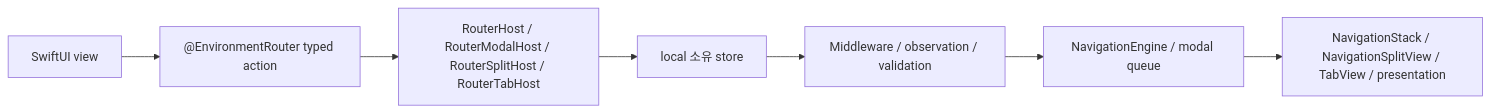
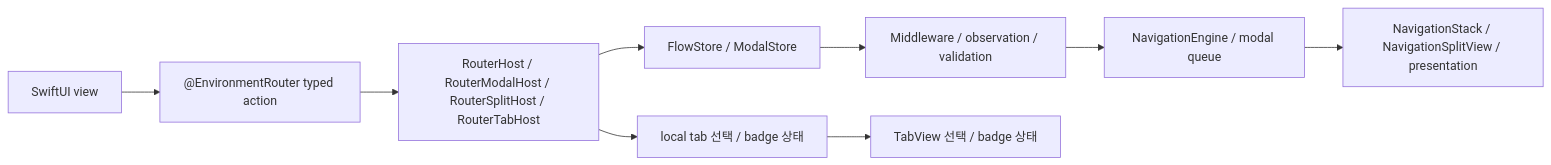
Before and after one commit to InnoSquadCorp/InnoRouter: the first of 2 diagrams in README.ko.md, drawn with Mermaid. The commit also changed other lines of this file and 9 other files, not shown here.

````diff
--- a/README.ko.md
+++ b/README.ko.md
@@ -362,9 +363,11 @@
 ```mermaid
 flowchart LR
     View["SwiftUI view"] --> Actions["@EnvironmentRouter typed action"]
     Actions --> Host["RouterHost / RouterModalHost / RouterSplitHost / RouterTabHost"]
-    Host --> Store["local 소유 store"]
+    Host --> Store["FlowStore / ModalStore"]
+    Host --> Tabs["local tab 선택 / badge 상태"]
     Store --> Policy["Middleware / observation / validation"]
     Policy --> Execution["NavigationEngine / modal queue"]
-    Execution --> System["NavigationStack / NavigationSplitView / TabView / presentation"]
+    Execution --> Routed["NavigationStack / NavigationSplitView / presentation"]
+    Tabs --> TabView["TabView 선택 / badge 상태"]
 ```
````
